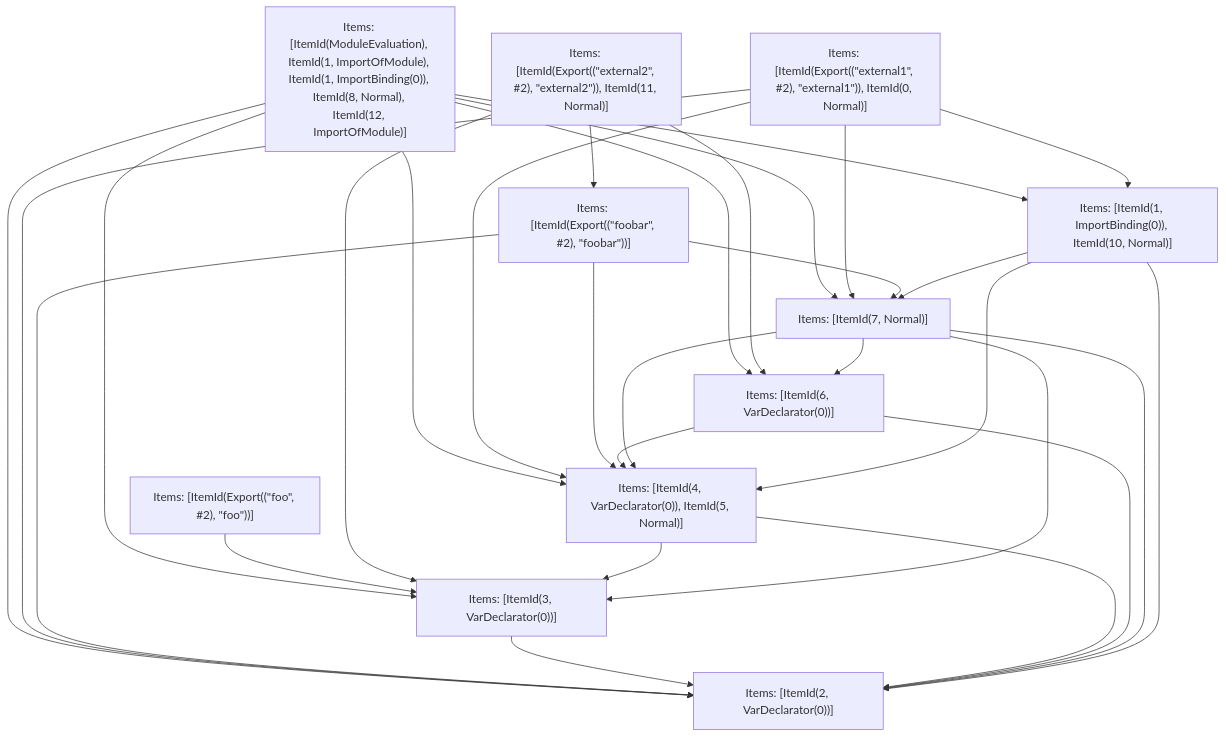
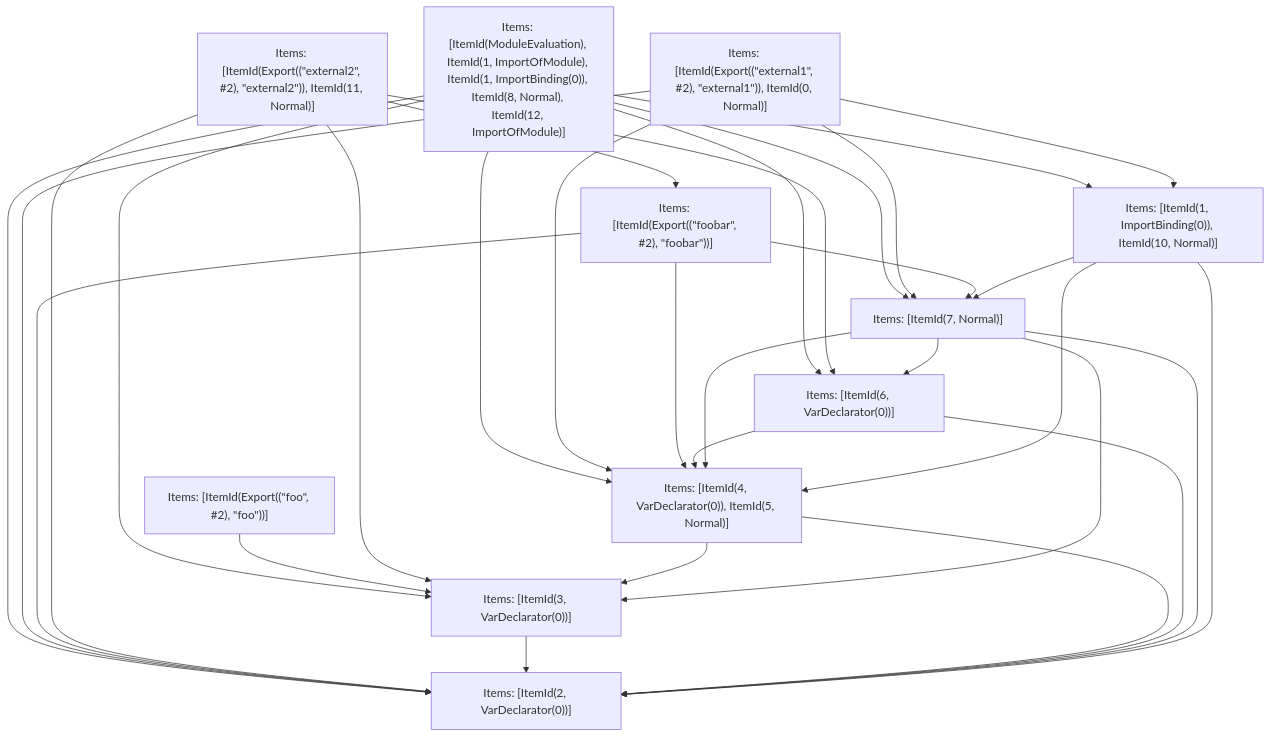
Before and after one commit to vercel/turborepo: the fifth of 5 diagrams in crates/turbopack-ecmascript/tests/tree-shaker/analyzer/2/output.md, drawn with Mermaid. The commit also changed other lines of this file and 3 other files, not shown here.

````diff
--- a/crates/turbopack-ecmascript/tests/tree-shaker/analyzer/2/output.md
+++ b/crates/turbopack-ecmascript/tests/tree-shaker/analyzer/2/output.md
@@ -382,43 +384,44 @@
 ```mermaid
 graph TD
     N0["Items: [ItemId(ModuleEvaluation), ItemId(1, ImportOfModule), ItemId(1, ImportBinding(0)), ItemId(8, Normal), ItemId(12, ImportOfModule)]"];
     N1["Items: [ItemId(Export((&quot;external1&quot;, #2), &quot;external1&quot;)), ItemId(0, Normal)]"];
     N2["Items: [ItemId(Export((&quot;foobar&quot;, #2), &quot;foobar&quot;))]"];
     N3["Items: [ItemId(Export((&quot;foo&quot;, #2), &quot;foo&quot;))]"];
     N4["Items: [ItemId(Export((&quot;external2&quot;, #2), &quot;external2&quot;)), ItemId(11, Normal)]"];
     N5["Items: [ItemId(2, VarDeclarator(0))]"];
     N6["Items: [ItemId(3, VarDeclarator(0))]"];
     N7["Items: [ItemId(4, VarDeclarator(0)), ItemId(5, Normal)]"];
     N8["Items: [ItemId(6, VarDeclarator(0))]"];
     N9["Items: [ItemId(7, Normal)]"];
     N10["Items: [ItemId(1, ImportBinding(0)), ItemId(10, Normal)]"];
     N0 --> N8;
     N0 --> N10;
     N0 --> N5;
     N0 --> N7;
     N0 --> N9;
     N0 --> N6;
     N1 --> N10;
     N1 --> N5;
     N1 --> N7;
     N1 --> N9;
     N2 --> N5;
     N2 --> N7;
     N2 --> N9;
     N3 --> N6;
     N4 --> N6;
     N4 --> N8;
     N4 --> N2;
+    N4 --> N5;
     N6 --> N5;
     N7 --> N5;
     N7 --> N6;
     N8 --> N5;
     N8 --> N7;
     N9 --> N5;
     N9 --> N7;
     N9 --> N6;
     N9 --> N8;
     N10 --> N5;
     N10 --> N7;
     N10 --> N9;
 ```
````
